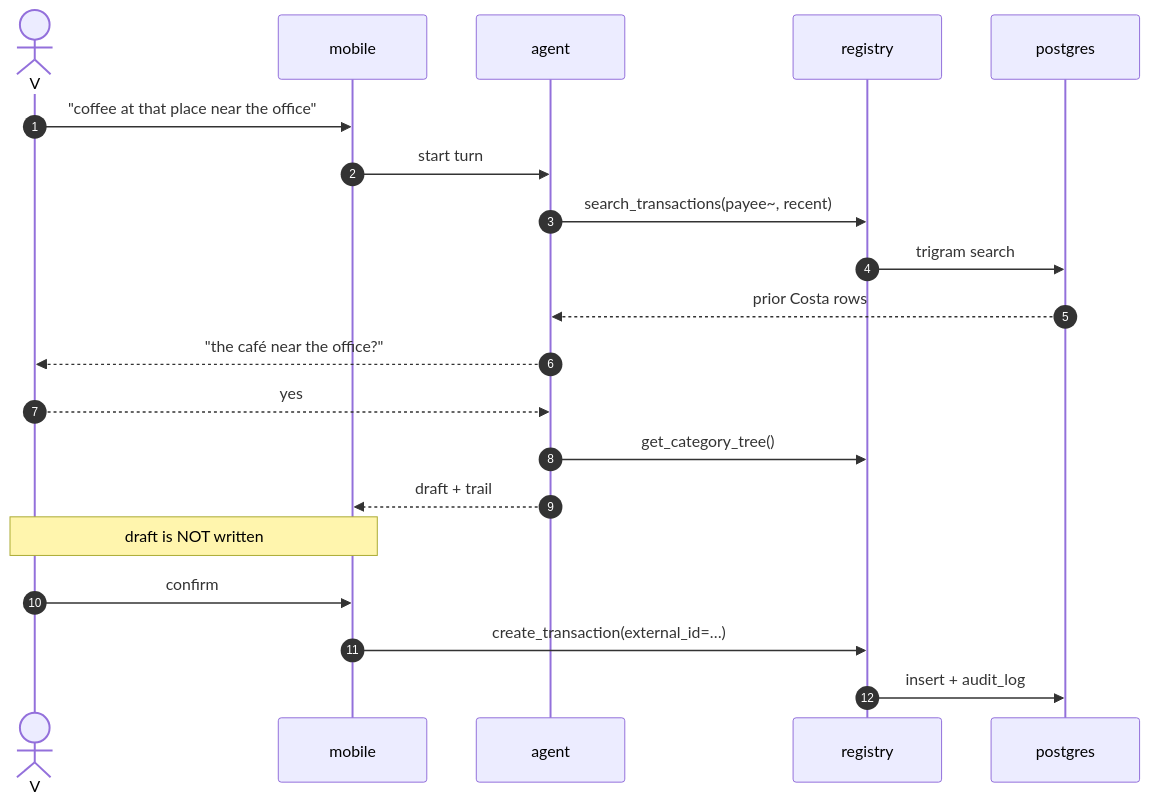
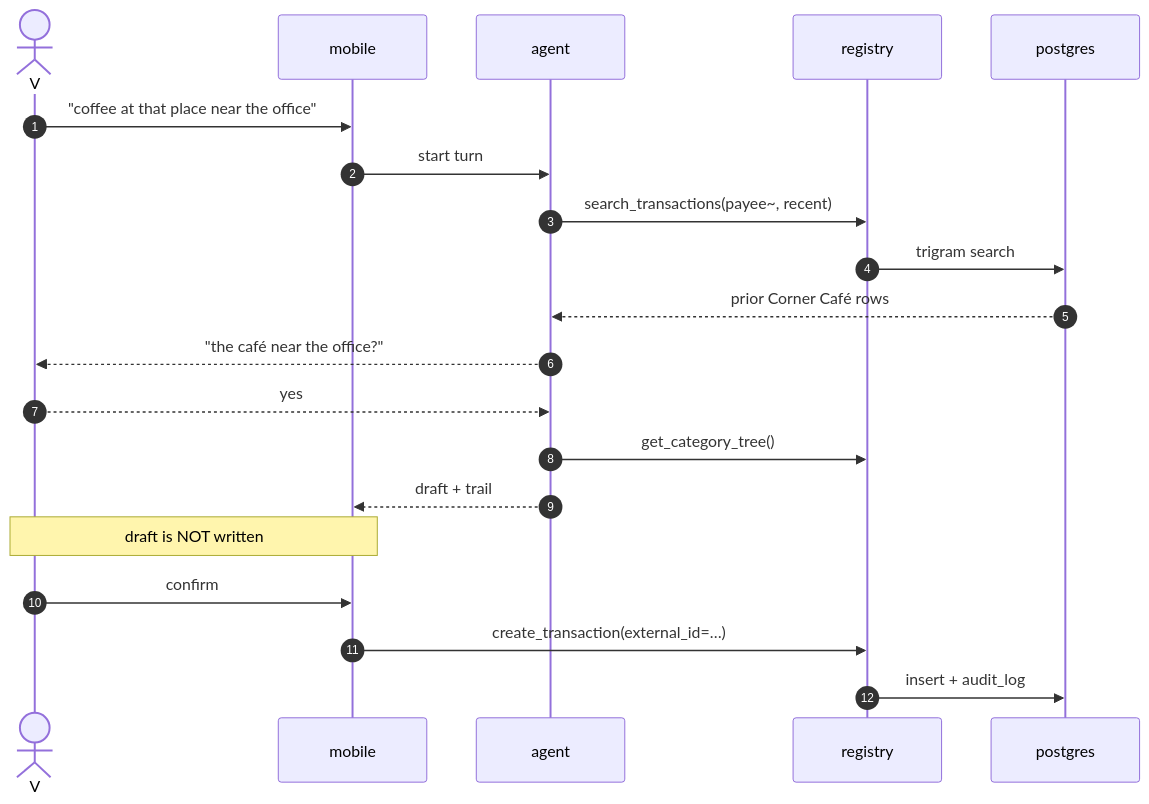
Before and after one commit to VoltLightning/waltning: the first of 6 diagrams in docs/specification/architecture/04-sequences.md, drawn with Mermaid. The commit also changed 85 other files, not shown here.

````diff
--- a/docs/specification/architecture/04-sequences.md
+++ b/docs/specification/architecture/04-sequences.md
@@ -10,23 +10,23 @@
 ```mermaid
 sequenceDiagram
     autonumber
     actor V
     participant UI as mobile
     participant AG as agent
     participant REG as registry
     participant DB as postgres
 
     V->>UI: "coffee at that place near the office"
     UI->>AG: start turn
     AG->>REG: search_transactions(payee~, recent)
     REG->>DB: trigram search
-    DB-->>AG: prior Costa rows
+    DB-->>AG: prior Corner Café rows
     AG-->>V: "the café near the office?"
     V-->>AG: yes
     AG->>REG: get_category_tree()
     AG-->>UI: draft + trail
     Note over UI,V: draft is NOT written
     V->>UI: confirm
     UI->>REG: create_transaction(external_id=…)
     REG->>DB: insert + audit_log
 ```
````
